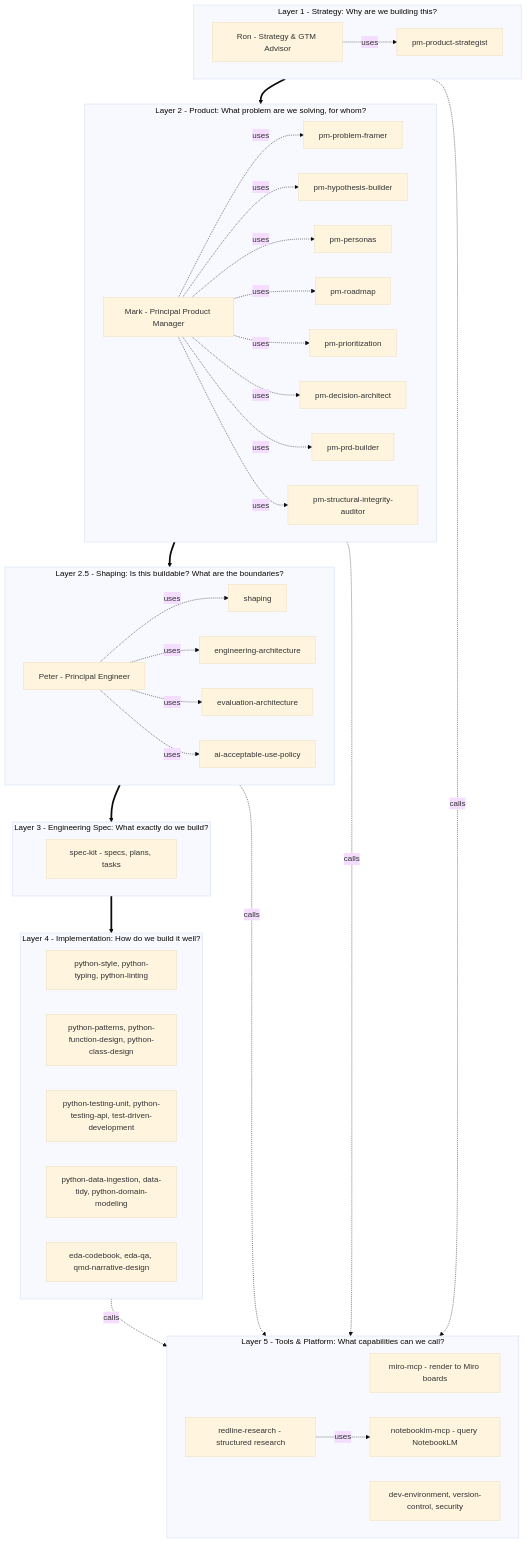
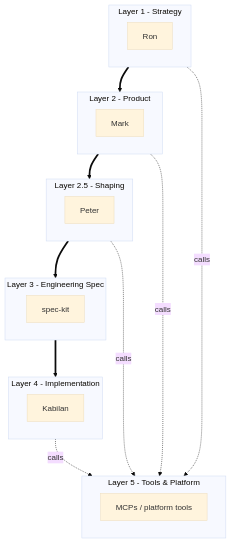
One commit to redmarklogic/redline changed the diagram in docs/architecture/skills-architecture.md. Above: the diagram before and after it, drawn with Mermaid (base theme). The commit also changed other lines of this file, not shown here.

Commit message:
docs(architecture): Update skills architecture documentation

````diff
--- a/docs/architecture/skills-architecture.md
+++ b/docs/architecture/skills-architecture.md
@@ -31,69 +17,35 @@
 ```mermaid
 flowchart TD
-    subgraph L1[Layer 1 - Strategy: Why are we building this?]
-        Ron[Ron - Strategy & GTM Advisor]
-        ProdStrat[pm-product-strategist]
-        Ron -.uses.-> ProdStrat
+    subgraph L1[Layer 1 - Strategy]
+        Ron[Ron]
     end
 
-    subgraph L2[Layer 2 - Product: What problem are we solving, for whom?]
-        Mark[Mark - Principal Product Manager]
-        Framer[pm-problem-framer]
-        Hyp[pm-hypothesis-builder]
-        Personas[pm-personas]
-        Roadmap[pm-roadmap]
-        Prio[pm-prioritization]
-        Decision[pm-decision-architect]
-        PRD[pm-prd-builder]
-        Audit[pm-structural-integrity-auditor]
-        Mark -.uses.-> Framer
-        Mark -.uses.-> Hyp
-        Mark -.uses.-> Personas
-        Mark -.uses.-> Roadmap
-        Mark -.uses.-> Prio
-        Mark -.uses.-> Decision
-        Mark -.uses.-> PRD
-        Mark -.uses.-> Audit
+    subgraph L2[Layer 2 - Product]
+        Mark[Mark]
     end
 
-    subgraph L25[Layer 2.5 - Shaping: Is this buildable? What are the boundaries?]
-        Peter[Peter - Principal Engineer]
-        Shaping[shaping]
-        EngArch[engineering-architecture]
-        EvalArch[evaluation-architecture]
-        AIPolicy[ai-acceptable-use-policy]
-        Peter -.uses.-> Shaping
-        Peter -.uses.-> EngArch
-        Peter -.uses.-> EvalArch
-        Peter -.uses.-> AIPolicy
+    subgraph L25[Layer 2.5 - Shaping]
+        Peter[Peter]
     end
 
-    subgraph L3[Layer 3 - Engineering Spec: What exactly do we build?]
-        SpecKit[spec-kit - specs, plans, tasks]
+    subgraph L3[Layer 3 - Engineering Spec]
+        SpecKit[spec-kit]
     end
 
-    subgraph L4[Layer 4 - Implementation: How do we build it well?]
-        Style[python-style, python-typing, python-linting]
-        Patterns[python-patterns, python-function-design, python-class-design]
-        Testing[python-testing-unit, python-testing-api, test-driven-development]
-        Data[python-data-ingestion, data-tidy, python-domain-modeling]
-        Reporting[eda-codebook, eda-qa, qmd-narrative-design]
+    subgraph L4[Layer 4 - Implementation]
+        Kabilan[Kabilan]
     end
 
-    subgraph L5[Layer 5 - Tools & Platform: What capabilities can we call?]
-        Miro[miro-mcp - render to Miro boards]
-        Notebook[notebooklm-mcp - query NotebookLM]
-        Research[redline-research - structured research]
-        DevEnv[dev-environment, version-control, security]
-        Research -.uses.-> Notebook
+    subgraph L5[Layer 5 - Tools & Platform]
+        Tools[MCPs / platform tools]
     end
 
     L1 ==> L2
     L2 ==> L25
     L25 ==> L3
     L3 ==> L4
     L4 -.calls.-> L5
     L2 -.calls.-> L5
     L25 -.calls.-> L5
     L1 -.calls.-> L5
 ```
````
